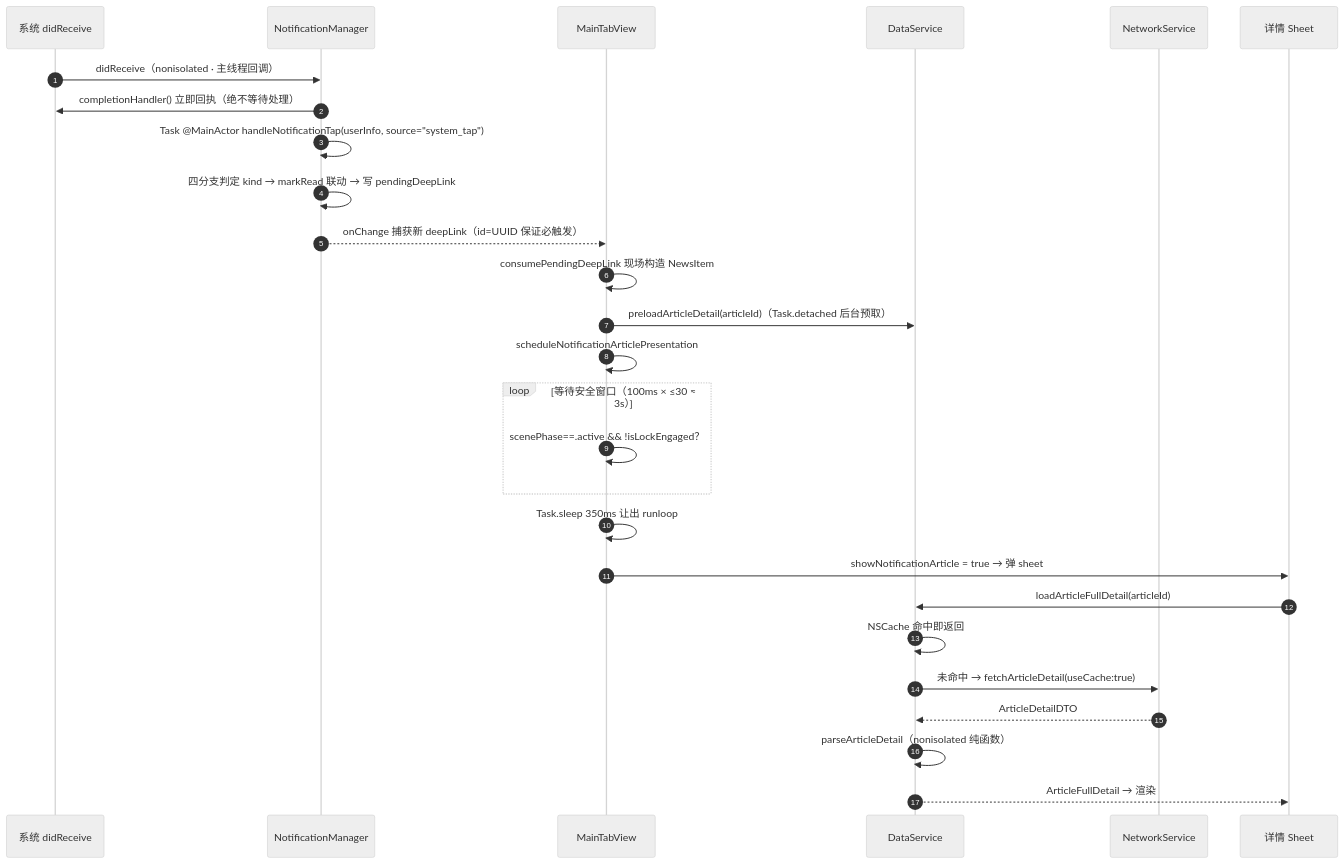
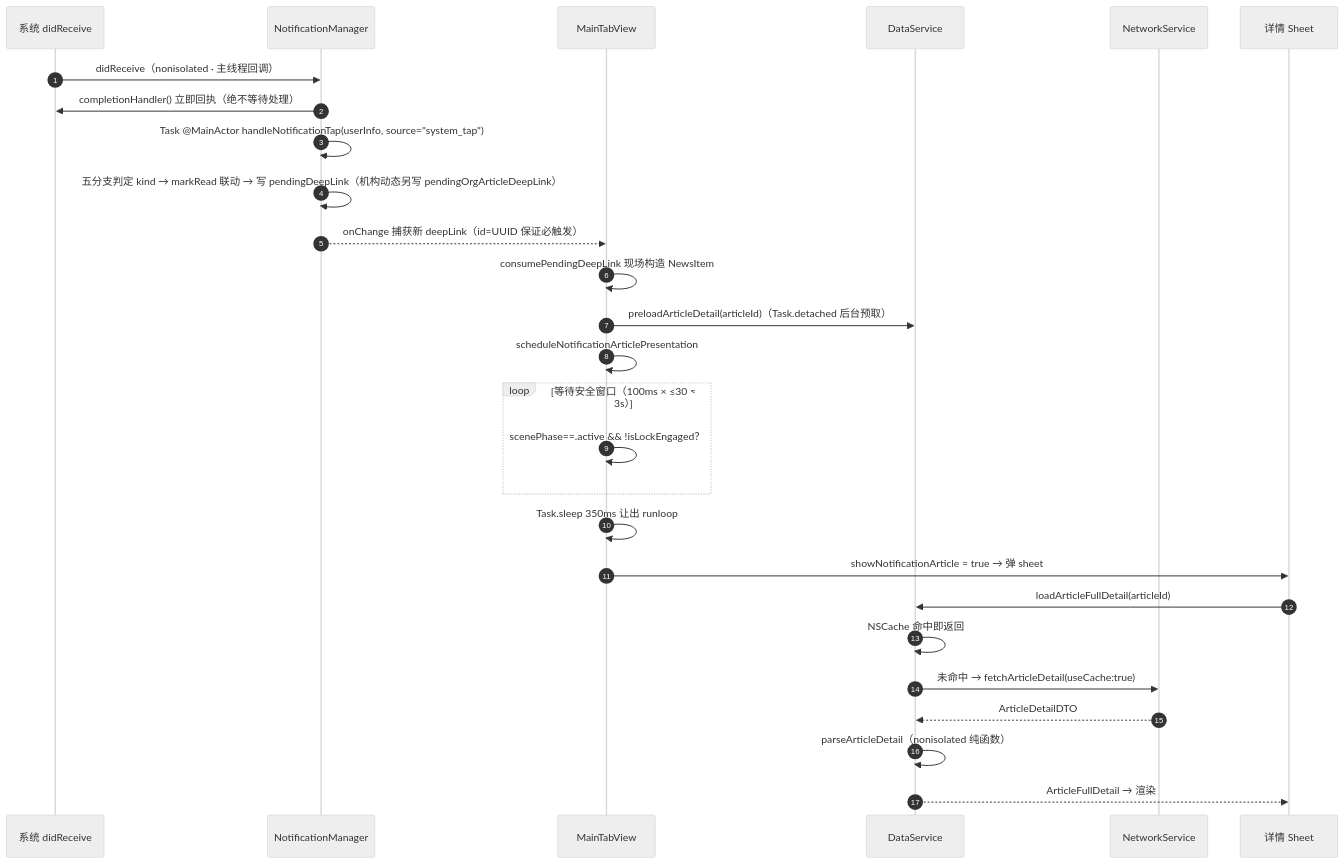
The first of 6 diagrams in qin/docs/code-wiki/06-接口契约与调用链.md (kkkh/demo), drawn with Mermaid (neutral theme) before and after one commit. The commit also changed other lines of this file and 5 other files, not shown here.

````diff
--- a/qin/docs/code-wiki/06-接口契约与调用链.md
+++ b/qin/docs/code-wiki/06-接口契约与调用链.md
@@ -171,29 +183,29 @@
 ```mermaid
 sequenceDiagram
     autonumber
     participant Sys as 系统 didReceive
     participant NM as NotificationManager
     participant Tab as MainTabView
     participant DS as DataService
     participant NS as NetworkService
     participant Sheet as 详情 Sheet
     Sys->>NM: didReceive（nonisolated · 主线程回调）
     NM->>Sys: completionHandler() 立即回执（绝不等待处理）
     NM->>NM: Task @MainActor handleNotificationTap(userInfo, source="system_tap")
-    NM->>NM: 四分支判定 kind → markRead 联动 → 写 pendingDeepLink
+    NM->>NM: 五分支判定 kind → markRead 联动 → 写 pendingDeepLink（机构动态另写 pendingOrgArticleDeepLink）
     NM-->>Tab: onChange 捕获新 deepLink（id=UUID 保证必触发）
     Tab->>Tab: consumePendingDeepLink 现场构造 NewsItem
     Tab->>DS: preloadArticleDetail(articleId)（Task.detached 后台预取）
     Tab->>Tab: scheduleNotificationArticlePresentation
     loop 等待安全窗口（100ms × ≤30 ≈ 3s）
         Tab->>Tab: scenePhase==.active && !isLockEngaged？
     end
     Tab->>Tab: Task.sleep 350ms 让出 runloop
     Tab->>Sheet: showNotificationArticle = true → 弹 sheet
     Sheet->>DS: loadArticleFullDetail(articleId)
     DS->>DS: NSCache 命中即返回
     DS->>NS: 未命中 → fetchArticleDetail(useCache:true)
     NS-->>DS: ArticleDetailDTO
     DS->>DS: parseArticleDetail（nonisolated 纯函数）
     DS-->>Sheet: ArticleFullDetail → 渲染
 ```
````
